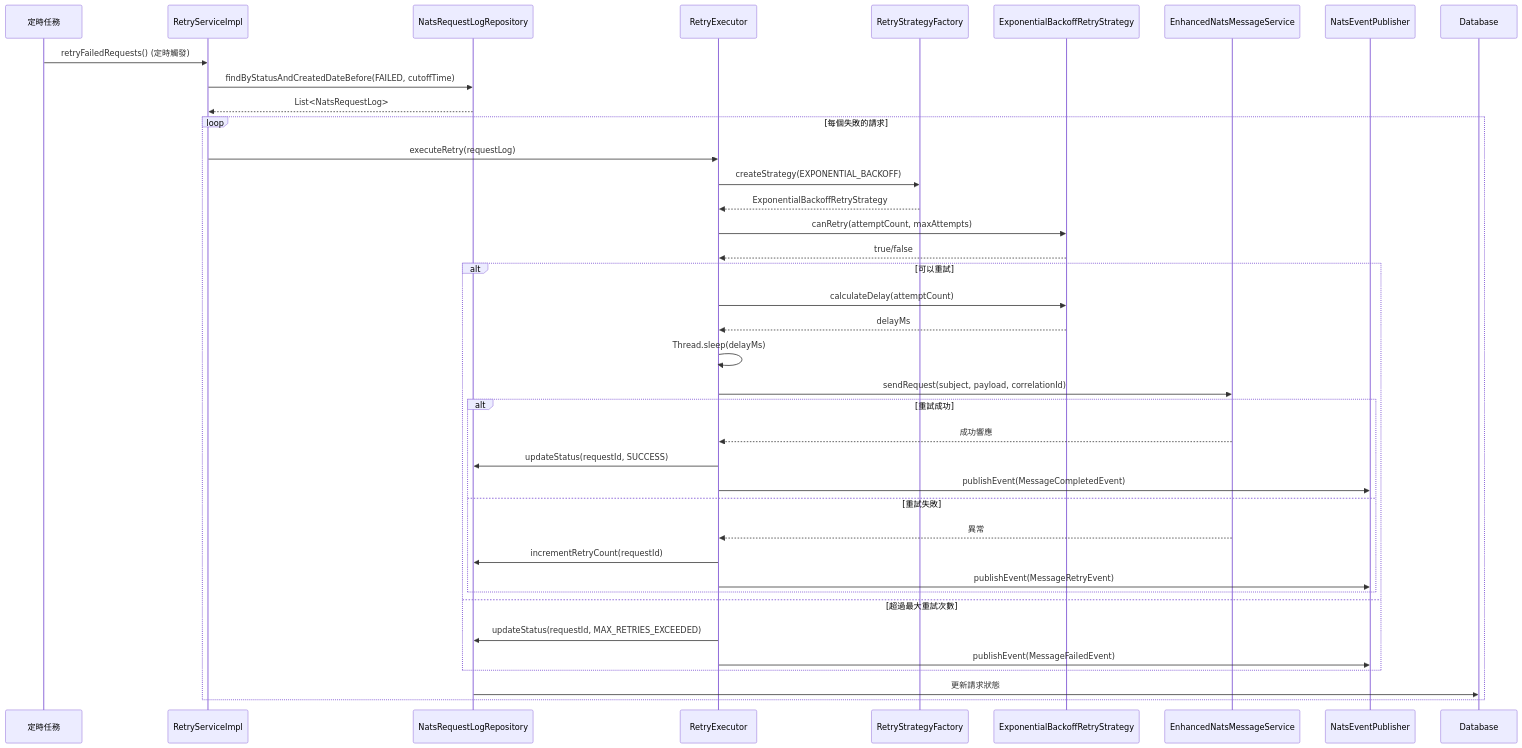
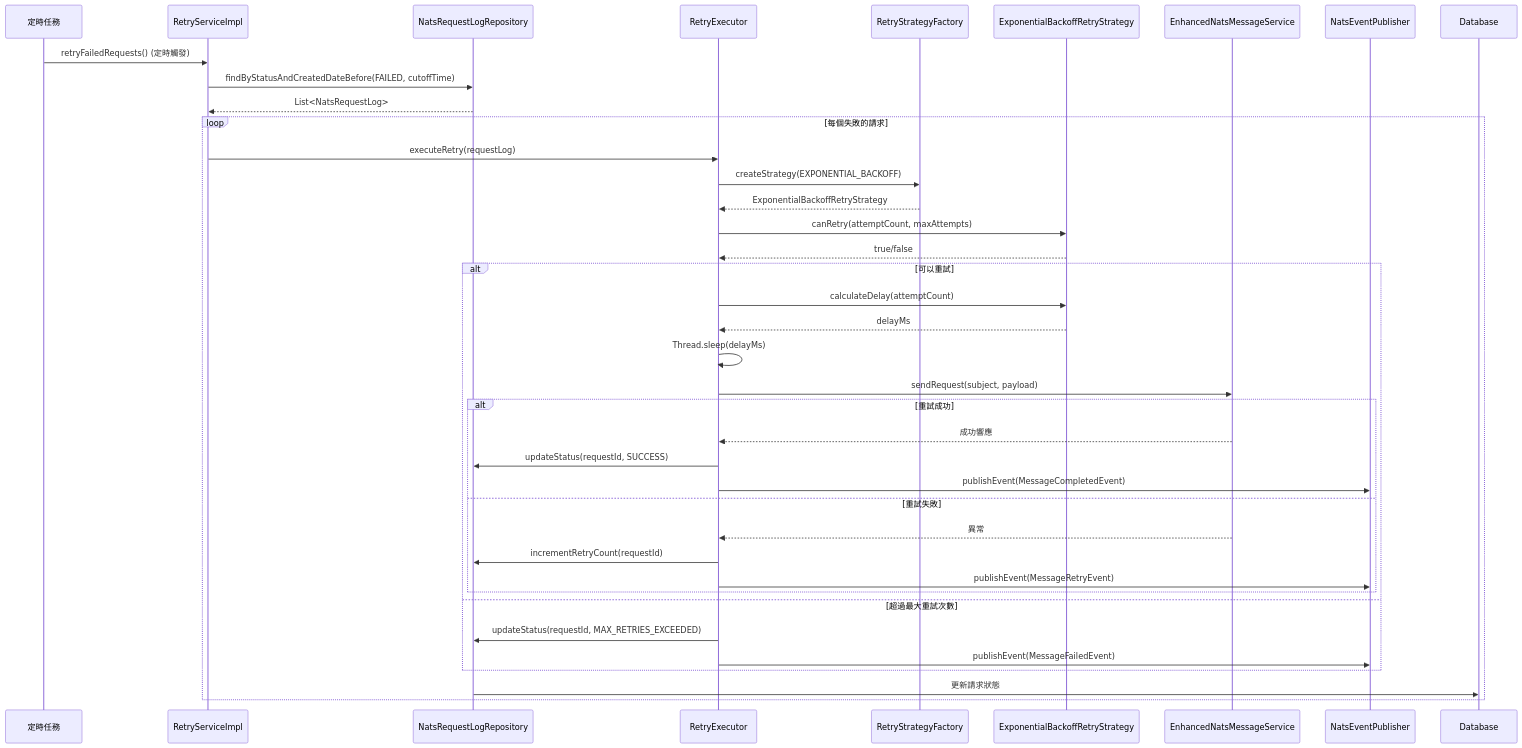
The fifth of 7 diagrams in docs/ARCHITECTURE.md (fantong11/nats-client), drawn with Mermaid before and after one commit. The commit also changed other lines of this file and 54 other files, not shown here.

````diff
--- a/docs/ARCHITECTURE.md
+++ b/docs/ARCHITECTURE.md
@@ -440,52 +442,52 @@
 ```mermaid
 sequenceDiagram
     participant Scheduler as 定時任務
     participant RetryService as RetryServiceImpl
     participant Repository as NatsRequestLogRepository
     participant RetryExecutor as RetryExecutor
     participant StrategyFactory as RetryStrategyFactory
     participant Strategy as ExponentialBackoffRetryStrategy
     participant Enhanced as EnhancedNatsMessageService
     participant EventPublisher as NatsEventPublisher
     participant Database as Database
     
     Scheduler->>RetryService: retryFailedRequests() (定時觸發)
     
     RetryService->>Repository: findByStatusAndCreatedDateBefore(FAILED, cutoffTime)
     Repository-->>RetryService: List<NatsRequestLog>
     
     loop 每個失敗的請求
         RetryService->>RetryExecutor: executeRetry(requestLog)
         
         RetryExecutor->>StrategyFactory: createStrategy(EXPONENTIAL_BACKOFF)
         StrategyFactory-->>RetryExecutor: ExponentialBackoffRetryStrategy
         
         RetryExecutor->>Strategy: canRetry(attemptCount, maxAttempts)
         Strategy-->>RetryExecutor: true/false
         
         alt 可以重試
             RetryExecutor->>Strategy: calculateDelay(attemptCount)
             Strategy-->>RetryExecutor: delayMs
             
             RetryExecutor->>RetryExecutor: Thread.sleep(delayMs)
             
-            RetryExecutor->>Enhanced: sendRequest(subject, payload, correlationId)
+            RetryExecutor->>Enhanced: sendRequest(subject, payload)
             
             alt 重試成功
                 Enhanced-->>RetryExecutor: 成功響應
                 RetryExecutor->>Repository: updateStatus(requestId, SUCCESS)
                 RetryExecutor->>EventPublisher: publishEvent(MessageCompletedEvent)
             else 重試失敗
                 Enhanced-->>RetryExecutor: 異常
                 RetryExecutor->>Repository: incrementRetryCount(requestId)
                 RetryExecutor->>EventPublisher: publishEvent(MessageRetryEvent)
             end
             
         else 超過最大重試次數
             RetryExecutor->>Repository: updateStatus(requestId, MAX_RETRIES_EXCEEDED)
             RetryExecutor->>EventPublisher: publishEvent(MessageFailedEvent)
         end
         
         Repository->>Database: 更新請求狀態
     end
 ```
````
